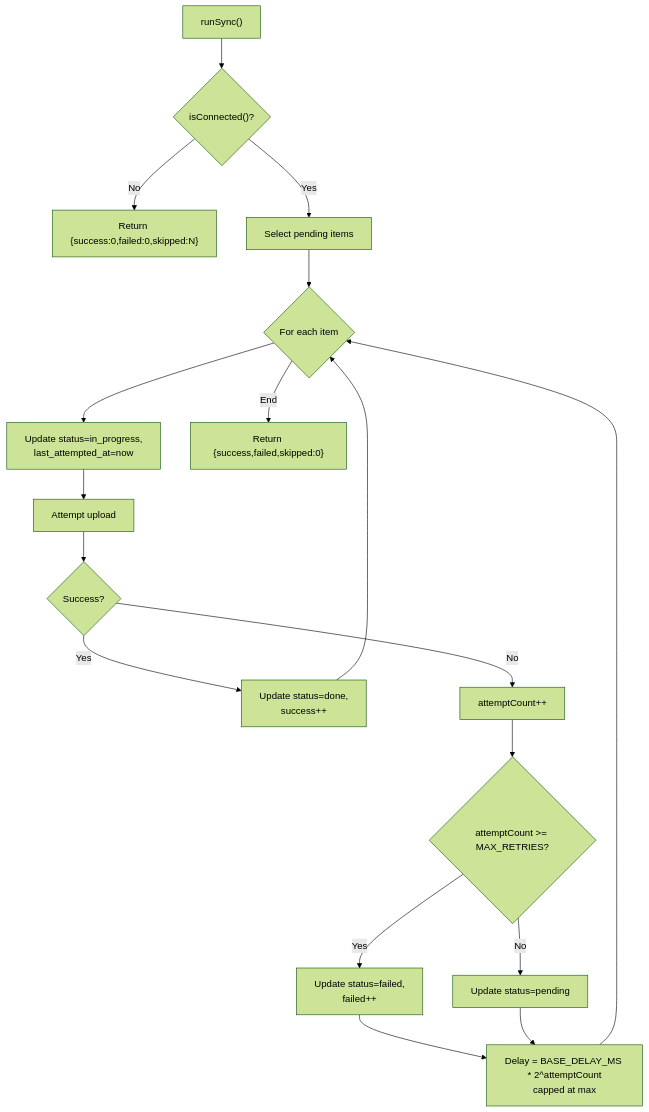
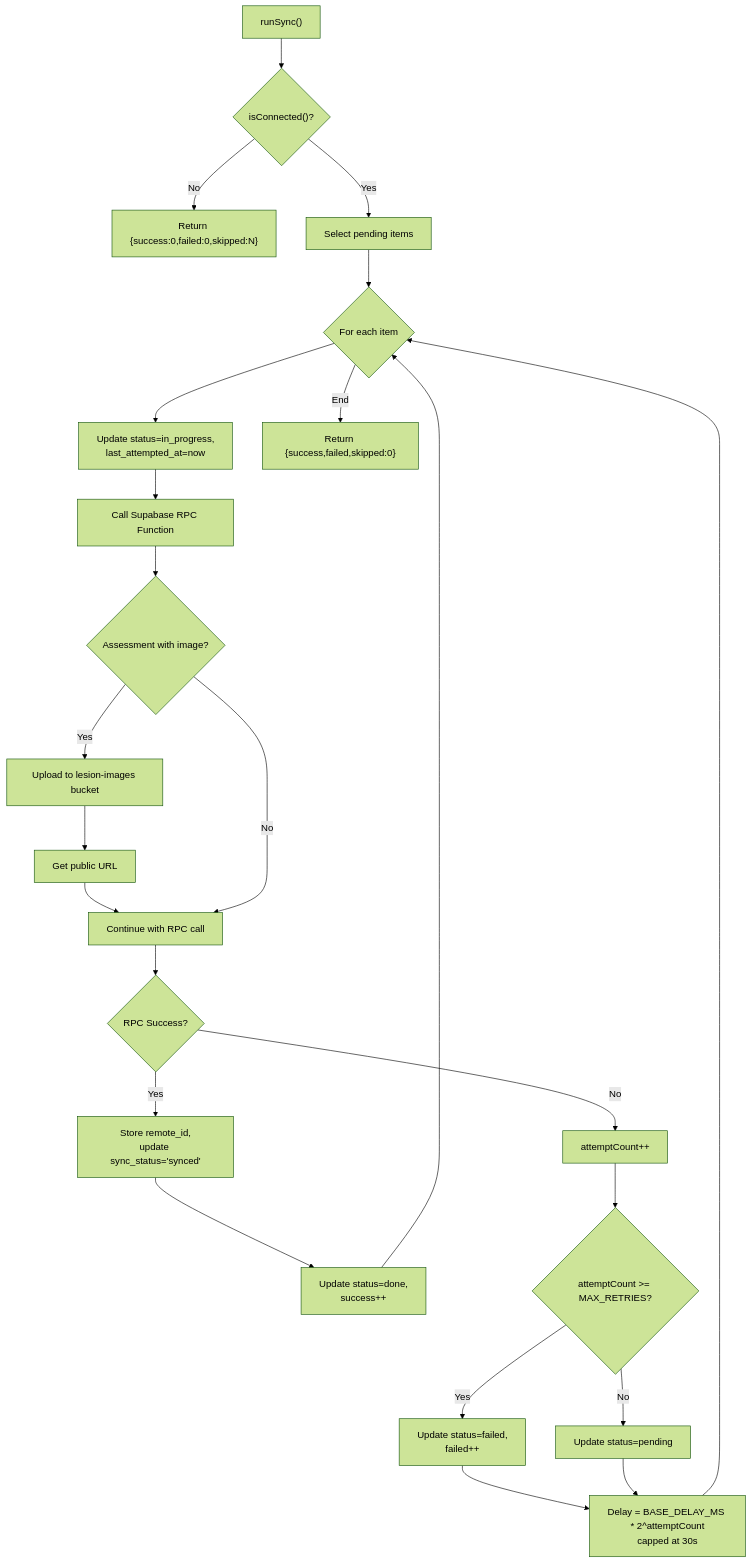
One commit to AdeelTahir-SE/DermSight changed the fifth of 10 diagrams in .qoder/repowiki/en/content/Synchronization System.md. Above: the diagram before and after it, drawn with Mermaid (forest theme). The commit also changed other lines of this file and 33 other files, not shown here.

````diff
--- a/.qoder/repowiki/en/content/Synchronization System.md
+++ b/.qoder/repowiki/en/content/Synchronization System.md
@@ -188,20 +359,26 @@
 ```mermaid
 flowchart TD
 RunStart["runSync()"] --> CheckOnline{"isConnected()?"}
 CheckOnline --> |No| ReturnSkip["Return {success:0,failed:0,skipped:N}"]
 CheckOnline --> |Yes| FetchPending["Select pending items"]
 FetchPending --> LoopItems{"For each item"}
 LoopItems --> MarkInProg["Update status=in_progress,<br/>last_attempted_at=now"]
-MarkInProg --> TryUpload["Attempt upload"]
-TryUpload --> UploadOK{"Success?"}
-UploadOK --> |Yes| MarkDone["Update status=done,<br/>success++"]
-UploadOK --> |No| IncAttempts["attemptCount++"]
+MarkInProg --> TryRPC["Call Supabase RPC Function"]
+TryRPC --> UploadImage{"Assessment with image?"}
+UploadImage --> |Yes| UploadToStorage["Upload to lesion-images bucket"]
+UploadToStorage --> GetURL["Get public URL"]
+GetURL --> ContinueRPC["Continue with RPC call"]
+UploadImage --> |No| ContinueRPC
+ContinueRPC --> RPCSuccess{"RPC Success?"}
+RPCSuccess --> |Yes| StoreRemoteId["Store remote_id,<br/>update sync_status='synced'"]
+StoreRemoteId --> MarkDone["Update status=done,<br/>success++"]
+RPCSuccess --> |No| IncAttempts["attemptCount++"]
 IncAttempts --> MaxReached{"attemptCount >= MAX_RETRIES?"}
 MaxReached --> |Yes| MarkFailed["Update status=failed,<br/>failed++"]
 MaxReached --> |No| KeepPending["Update status=pending"]
-MarkFailed --> Backoff["Delay = BASE_DELAY_MS * 2^attemptCount<br/>capped at max"]
+MarkFailed --> Backoff["Delay = BASE_DELAY_MS * 2^attemptCount<br/>capped at 30s"]
 KeepPending --> Backoff
 Backoff --> LoopItems
 MarkDone --> LoopItems
 LoopItems --> |End| ReturnResult["Return {success,failed,skipped:0}"]
 ```
````
